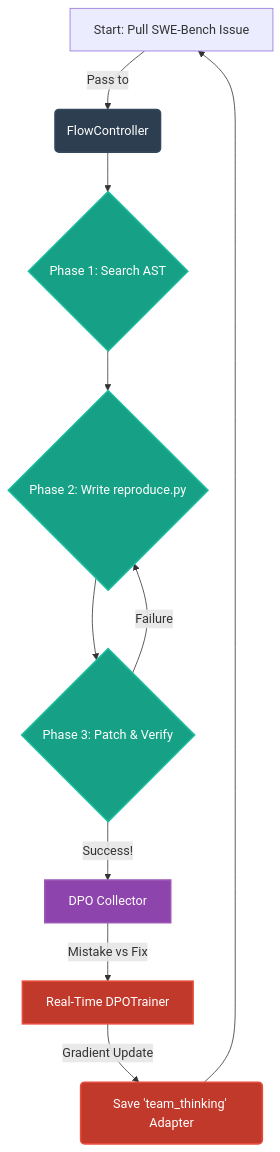
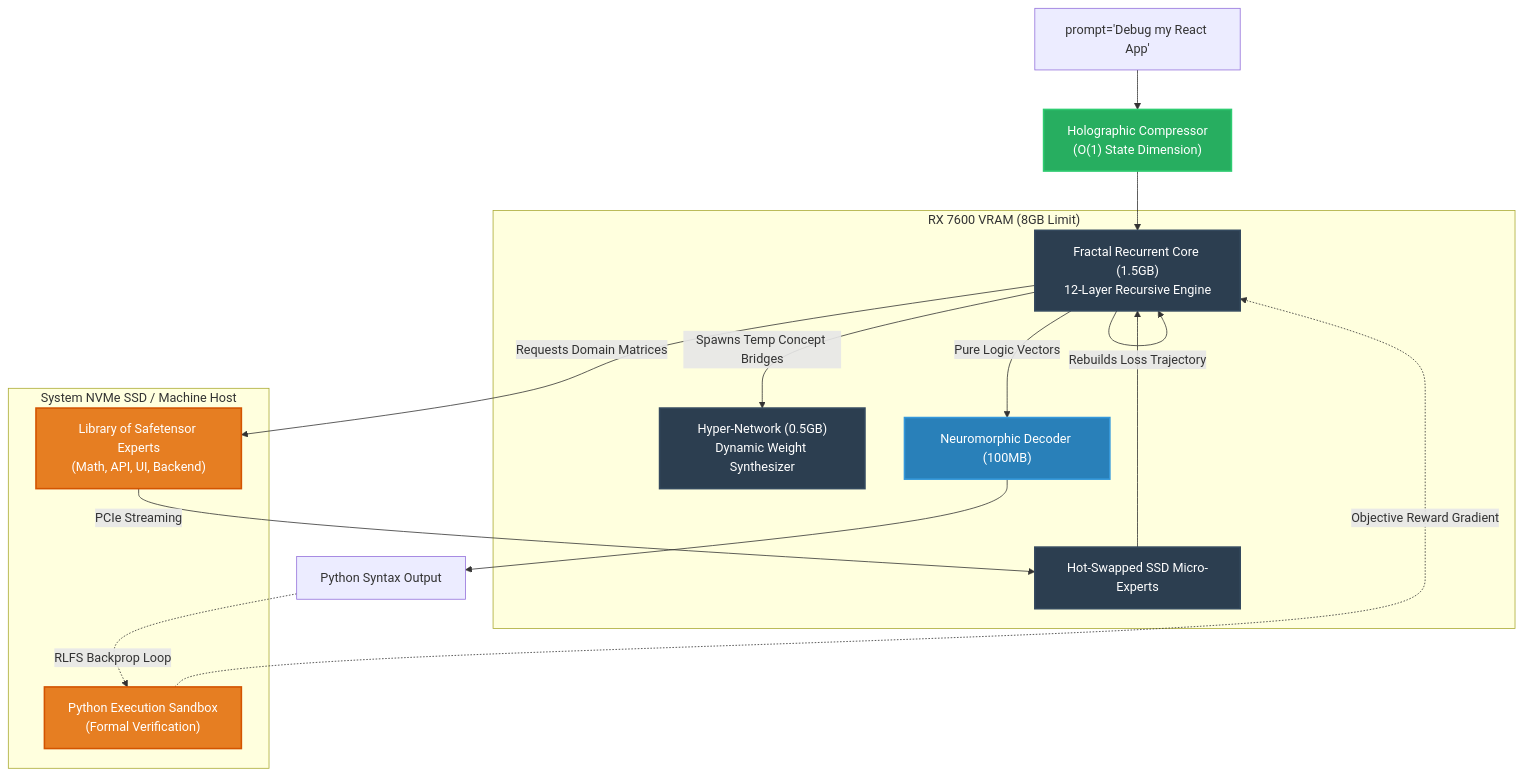
The diagram in README.md (IRSPlays/SNAP-C1), drawn with Mermaid before and after one commit. The commit also changed other lines of this file, not shown here.

Commit message:
Update README.md with visual UI and diagram styling for architectural overview

````diff
--- a/README.md
+++ b/README.md
@@ -30,18 +56,35 @@
 ```mermaid
 graph TD
-    classDef model fill:#2C3E50,stroke:#34495E,stroke-width:2px,color:#fff;
-    classDef environment fill:#16A085,stroke:#1ABC9C,stroke-width:2px,color:#fff;
-    classDef memory fill:#8E44AD,stroke:#9B59B6,stroke-width:2px,color:#fff;
-    classDef training fill:#C0392B,stroke:#E74C3C,stroke-width:2px,color:#fff;
+    classDef core fill:#2C3E50,stroke:#34495E,stroke-width:2px,color:#fff;
+    classDef memory fill:#27AE60,stroke:#2ECC71,stroke-width:2px,color:#fff;
+    classDef storage fill:#E67E22,stroke:#D35400,stroke-width:2px,color:#fff;
+    classDef decoder fill:#2980B9,stroke:#3498DB,stroke-width:2px,color:#fff;
 
-    A[Start: Pull SWE-Bench Issue] -->|Pass to| B(FlowController)
-    B:::model --> C{Phase 1: Search AST}
-    C:::environment --> D{Phase 2: Write reproduce.py}
-    D:::environment --> E{Phase 3: Patch & Verify}
-    E:::environment -->|Failure| D
-    E -->|Success!| F[DPO Collector]
+    Input["prompt='Debug my React App'"] --> Compress
+    Compress["Holographic Compressor<br/>(O(1) State Dimension)"]:::memory --> Core
+
+    subgraph "RX 7600 VRAM (8GB Limit)"
+        Core["Fractal Recurrent Core (1.5GB)<br/>12-Layer Recursive Engine"]:::core
+        Hyper["Hyper-Network (0.5GB)<br/>Dynamic Weight Synthesizer"]:::core
+        Active["Hot-Swapped SSD Micro-Experts"]:::core
+        Dec["Neuromorphic Decoder (100MB)"]:::decoder
+        
+        Core -- "Rebuilds Loss Trajectory" --> Core
+        Core -- "Spawns Temp Concept Bridges" --> Hyper
+    end
+
+    subgraph "System NVMe SSD / Machine Host"
+        Store["Library of Safetensor Experts<br/>(Math, API, UI, Backend)"]:::storage
+        Sandbox["Python Execution Sandbox<br/>(Formal Verification)"]:::storage
+    end
+
+    Core -- "Requests Domain Matrices" --> Store
+    Store -- "PCIe Streaming" --> Active
+    Active --> Core
+
+    Core -- "Pure Logic Vectors" --> Dec
+    Dec --> Answer["Python Syntax Output"]
     
-    F:::memory -->|Mistake vs Fix| G[Real-Time DPOTrainer]
-    G:::training -->|Gradient Update| H(Save 'team_thinking' Adapter)
-    H:::training --> A
+    Answer -. "RLFS Backprop Loop" .-> Sandbox
+    Sandbox -. "Objective Reward Gradient" .-> Core
 ```
````
